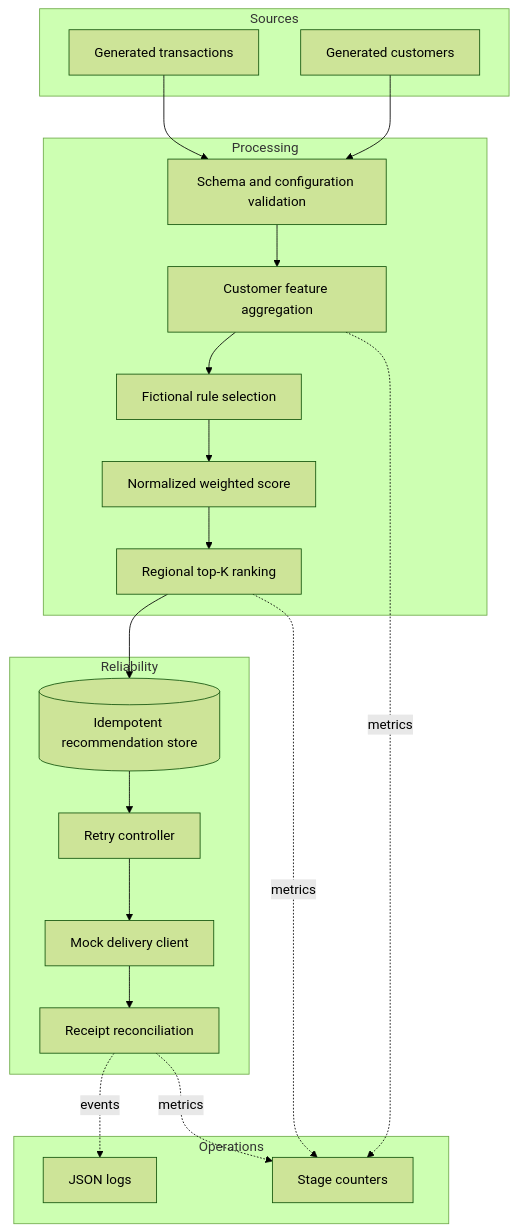
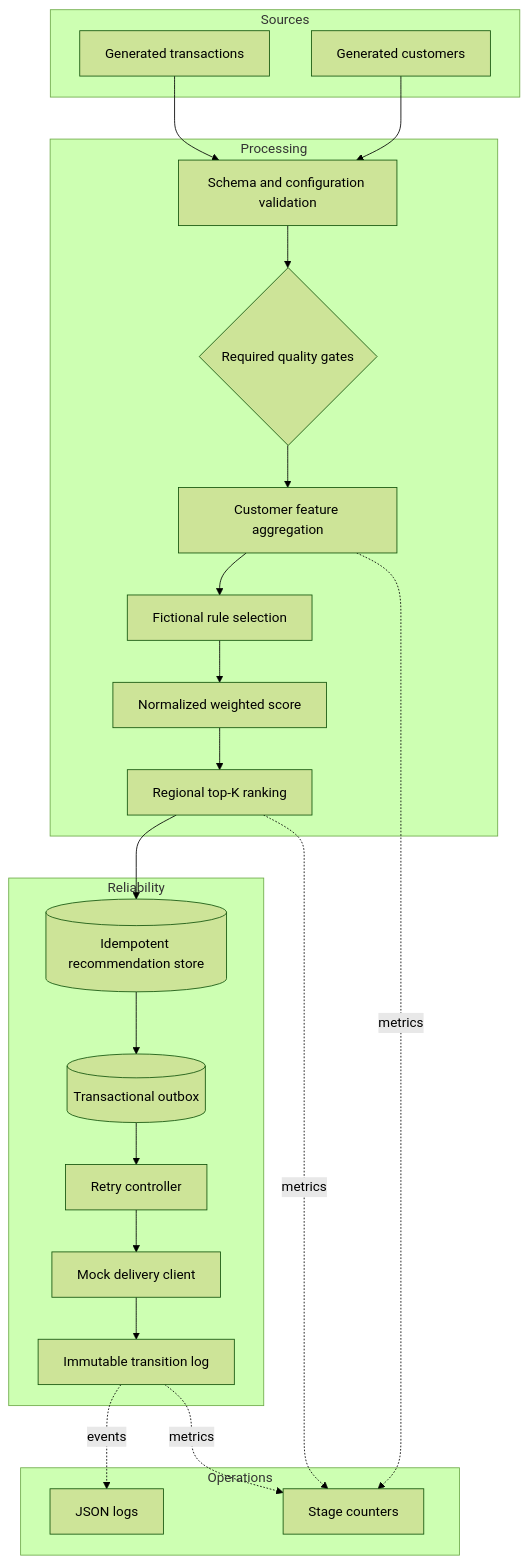
The diagram in docs/architecture.md (gabrafur/customer-engagement-data-platform), drawn with Mermaid (forest theme) before and after one commit. The commit also changed other lines of this file and 28 other files, not shown here.

Commit message:
Expand reliability and replay architecture

````diff
--- a/docs/architecture.md
+++ b/docs/architecture.md
@@ -5,35 +5,37 @@
 ```mermaid
 flowchart TB
     subgraph Sources
         C[Generated customers]
         T[Generated transactions]
     end
 
     subgraph Processing
         V[Schema and configuration validation]
+        G{Required quality gates}
         F[Customer feature aggregation]
         R[Fictional rule selection]
         S[Normalized weighted score]
         K[Regional top-K ranking]
     end
 
     subgraph Reliability
         D[(Idempotent recommendation store)]
+        O[(Transactional outbox)]
         M[Mock delivery client]
         Y[Retry controller]
-        X[Receipt reconciliation]
+        X[Immutable transition log]
     end
 
     subgraph Operations
         L[JSON logs]
         Q[Stage counters]
     end
 
     C --> V
     T --> V
-    V --> F --> R --> S --> K --> D --> Y --> M --> X
+    V --> G --> F --> R --> S --> K --> D --> O --> Y --> M --> X
     F -. metrics .-> Q
     K -. metrics .-> Q
     X -. metrics .-> Q
     X -. events .-> L
 ```
````
